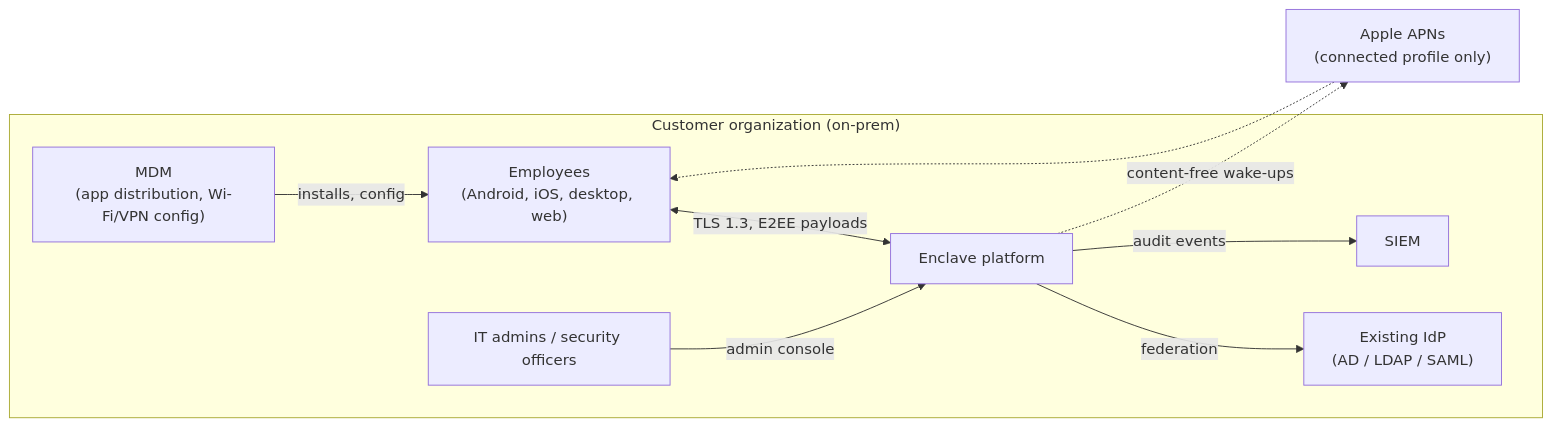
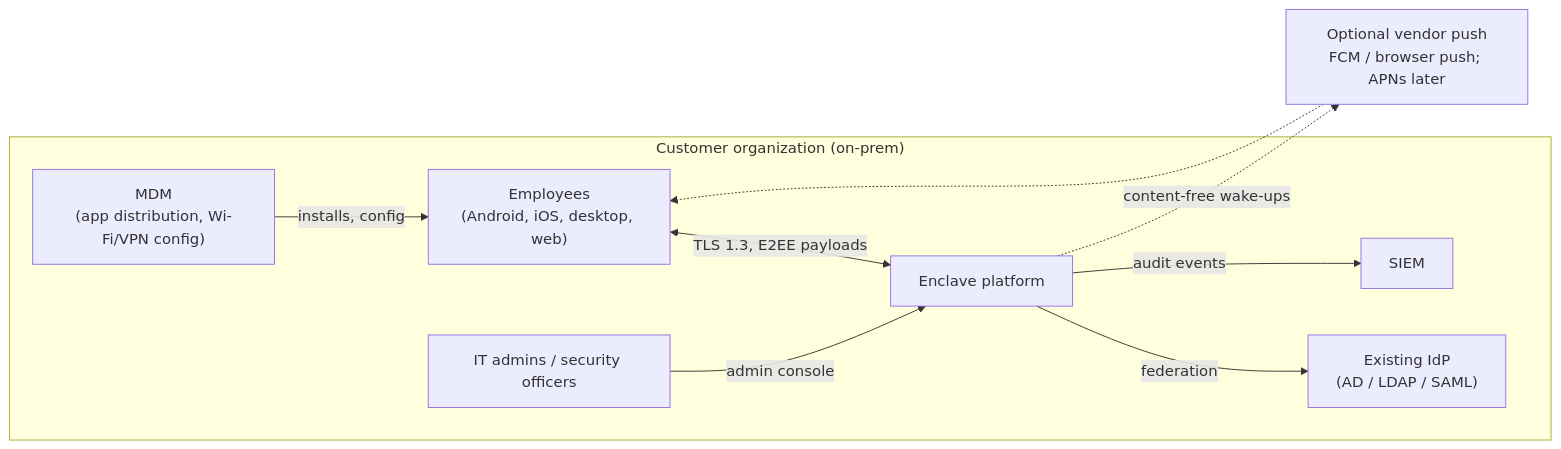
Before and after one commit to bogdancstrike/convo: the first of 3 diagrams in docs/arf.md, drawn with Mermaid. The commit also changed other lines of this file and 10 other files, not shown here.

````diff
--- a/docs/arf.md
+++ b/docs/arf.md
@@ -27,19 +29,19 @@
 ```mermaid
 flowchart LR
     subgraph Org["Customer organization (on-prem)"]
         U1["Employees<br/>(Android, iOS, desktop, web)"]
         ADM["IT admins / security officers"]
         IDP["Existing IdP<br/>(AD / LDAP / SAML)"]
         MDM["MDM<br/>(app distribution, Wi-Fi/VPN config)"]
         SIEM["SIEM"]
         ENC["Enclave platform"]
     end
-    APNS["Apple APNs<br/>(connected profile only)"]
+    APNS["Optional vendor push<br/>FCM / browser push; APNs later"]
     U1 <-->|"TLS 1.3, E2EE payloads"| ENC
     ADM -->|"admin console"| ENC
     ENC -->|"federation"| IDP
     MDM -->|"installs, config"| U1
     ENC -->|"audit events"| SIEM
     ENC -.->|"content-free wake-ups"| APNS
     APNS -.-> U1
 ```
````
